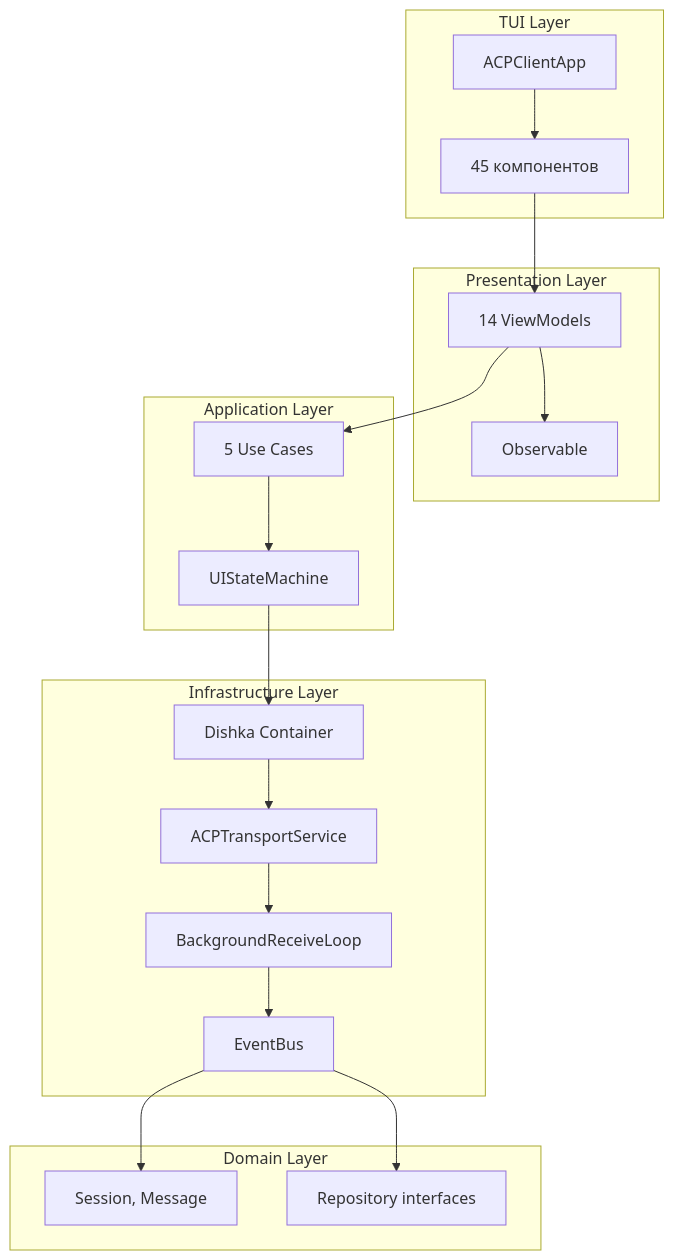
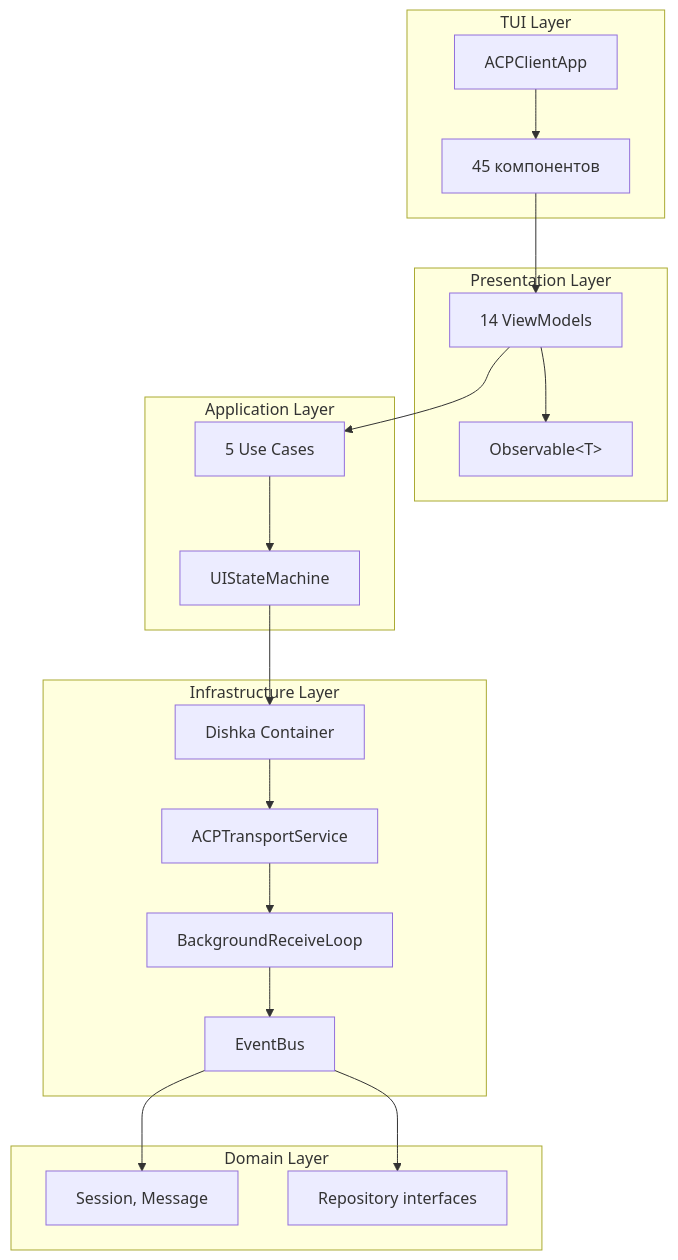
The diagram in doc/product/developer-guide/02-client-development.md (pese-git/codelab-agent), drawn with Mermaid before and after one commit. The commit also changed 11 other files, not shown here.

First line of the commit message:
docs: fix Mermaid diagram syntax for proper rendering

````diff
--- a/doc/product/developer-guide/02-client-development.md
+++ b/doc/product/developer-guide/02-client-development.md
@@ -9,34 +9,34 @@
 ```mermaid
 graph TB
     subgraph TUI["TUI Layer"]
         App[ACPClientApp]
         Components[45 компонентов]
     end
     
     subgraph Presentation["Presentation Layer"]
         VM[14 ViewModels]
-        Obs[Observable<T>]
+        Obs["Observable&lt;T&gt;"]
     end
     
     subgraph Application["Application Layer"]
         UC[5 Use Cases]
         SM[UIStateMachine]
     end
     
     subgraph Infrastructure["Infrastructure Layer"]
         DI[Dishka Container]
         TS[ACPTransportService]
         BgLoop[BackgroundReceiveLoop]
         EB[EventBus]
     end
     
     subgraph Domain["Domain Layer"]
-        Entities[Session, Message]
+        Entities["Session, Message"]
         Repos[Repository interfaces]
     end
     
     App --> Components --> VM --> Obs
     VM --> UC --> SM
     SM --> DI --> TS --> BgLoop --> EB
     EB --> Entities & Repos
 ```
````
